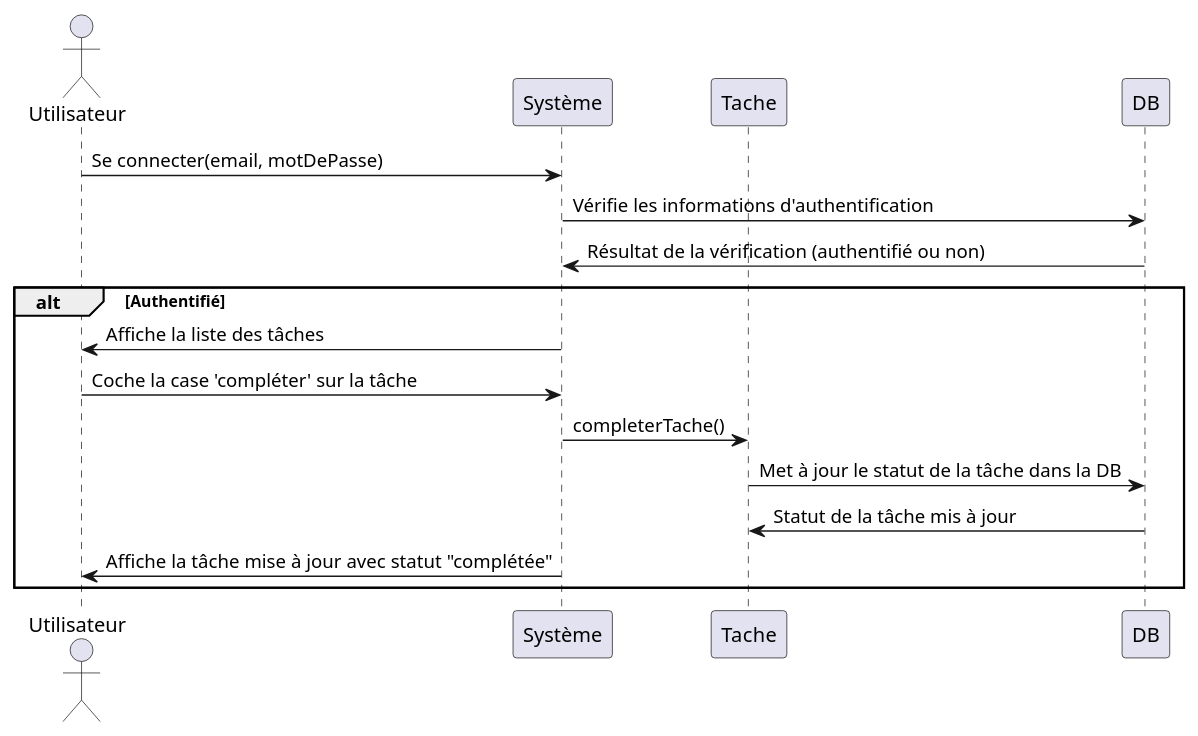
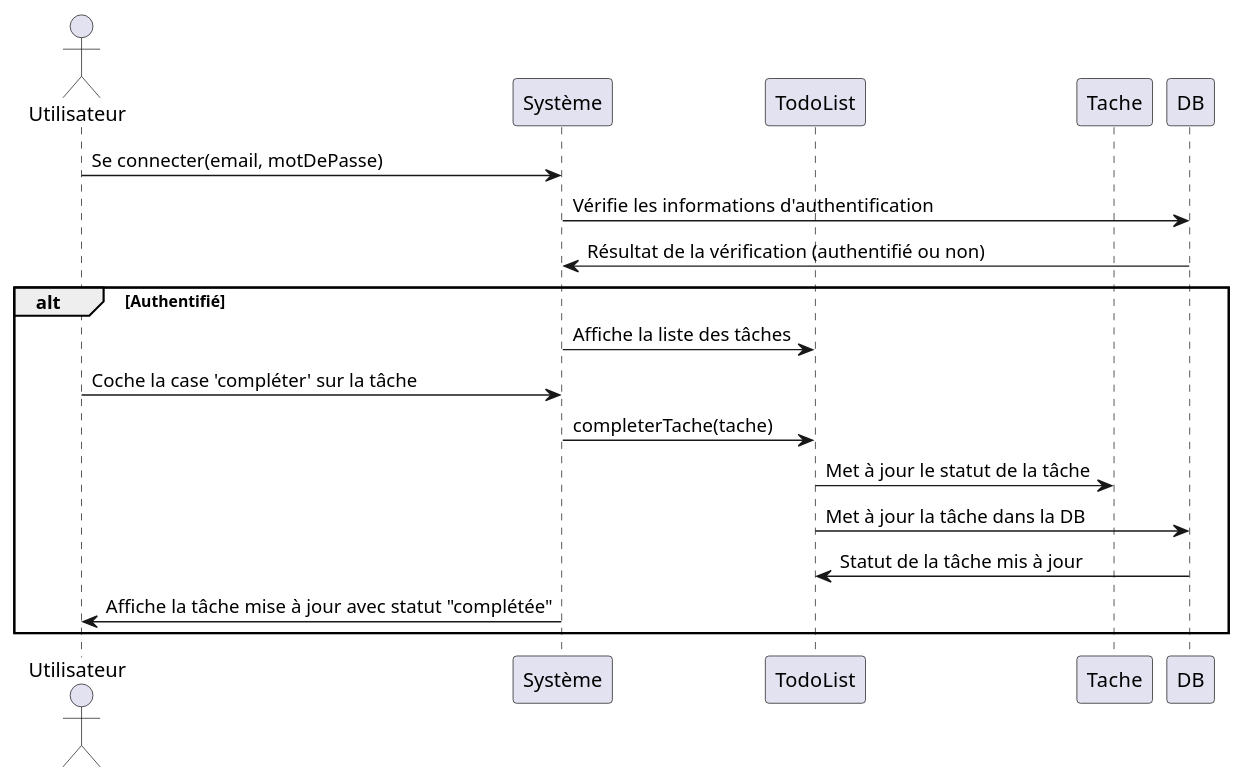
The diagram in src/main/resources/conception/DiagramSequence/sequenceDiagramCompleted.puml (HoudAlami/TodoApp), drawn with PlantUML before and after one commit. The commit also changed 7 other files, not shown here.

Commit message:
Finalisation Modélisation UML

```diff
--- a/src/main/resources/conception/DiagramSequence/sequenceDiagramCompleted.puml
+++ b/src/main/resources/conception/DiagramSequence/sequenceDiagramCompleted.puml
@@ -1,18 +1,20 @@
 @startuml
 actor Utilisateur
 participant "Système" as System
+participant TodoList
 participant Tache
 participant DB
 
 Utilisateur -> System : Se connecter(email, motDePasse)
 System -> DB : Vérifie les informations d'authentification
 DB -> System : Résultat de la vérification (authentifié ou non)
 alt Authentifié
-    System -> Utilisateur : Affiche la liste des tâches
+    System -> TodoList : Affiche la liste des tâches
     Utilisateur -> System : Coche la case 'compléter' sur la tâche
-    System -> Tache : completerTache()
-    Tache -> DB : Met à jour le statut de la tâche dans la DB
-    DB -> Tache : Statut de la tâche mis à jour
+    System -> TodoList : completerTache(tache)
+    TodoList -> Tache : Met à jour le statut de la tâche
+    TodoList -> DB : Met à jour la tâche dans la DB
+    DB -> TodoList : Statut de la tâche mis à jour
     System -> Utilisateur : Affiche la tâche mise à jour avec statut "complétée"
 end
 @enduml
```
